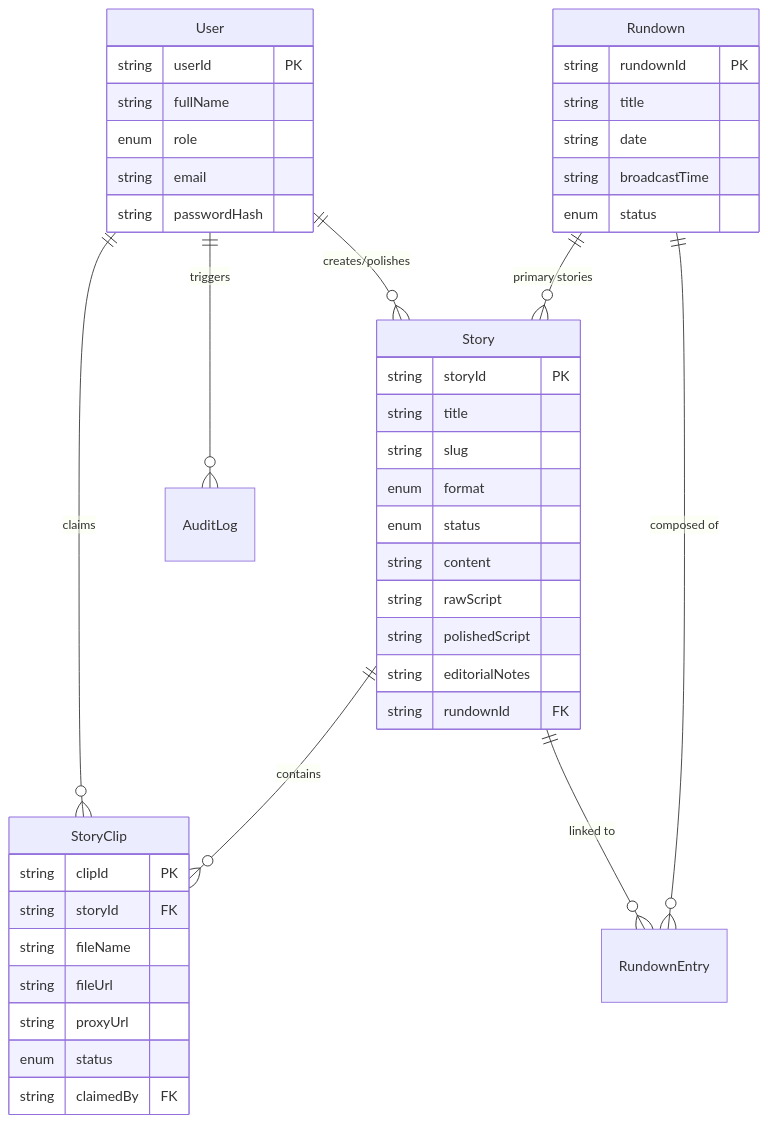
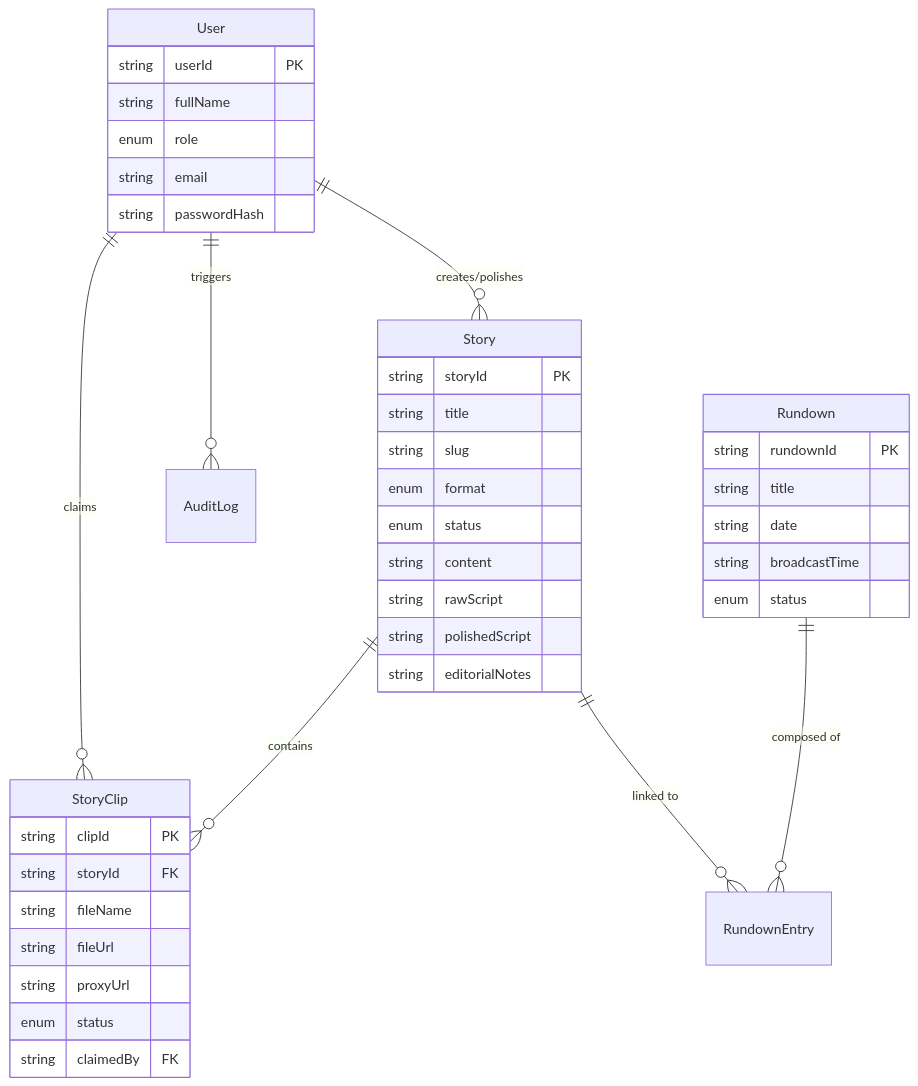
The diagram in HANDOVER.md (surajcopy925-pixel/News-Forge), drawn with Mermaid before and after one commit. The commit also changed other lines of this file and 6 other files, not shown here.

````diff
--- a/HANDOVER.md
+++ b/HANDOVER.md
@@ -61,49 +64,47 @@
 ```mermaid
 erDiagram
     User ||--o{ Story : "creates/polishes"
     User ||--o{ StoryClip : "claims"
     User ||--o{ AuditLog : "triggers"
     Story ||--o{ StoryClip : "contains"
     Story ||--o{ RundownEntry : "linked to"
     Rundown ||--o{ RundownEntry : "composed of"
-    Rundown ||--o{ Story : "primary stories"
 
     User {
         string userId PK
         string fullName
         enum role
         string email
         string passwordHash
     }
 
     Story {
         string storyId PK
         string title
         string slug
         enum format
         enum status
         string content
         string rawScript
         string polishedScript
         string editorialNotes
-        string rundownId FK
     }
 
     StoryClip {
         string clipId PK
         string storyId FK
         string fileName
         string fileUrl
         string proxyUrl
         enum status
         string claimedBy FK
     }
 
     Rundown {
         string rundownId PK
         string title
         string date
         string broadcastTime
         enum status
     }
 ```
````
